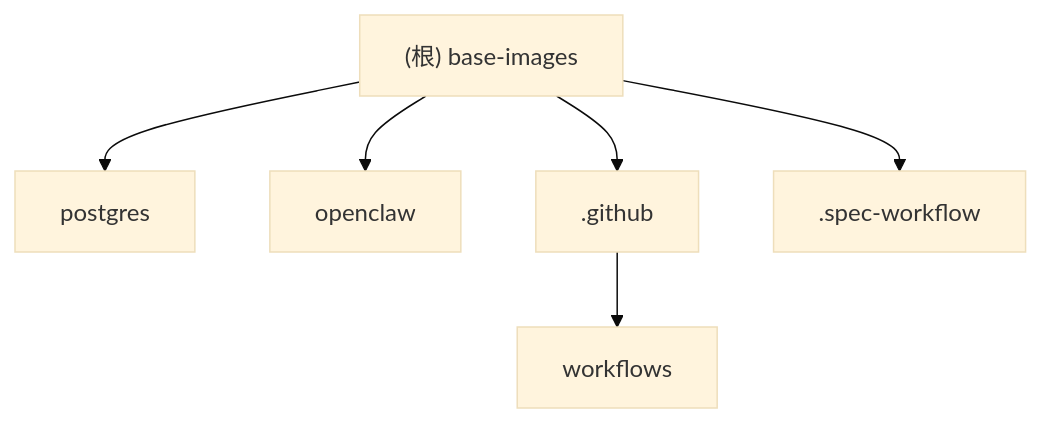
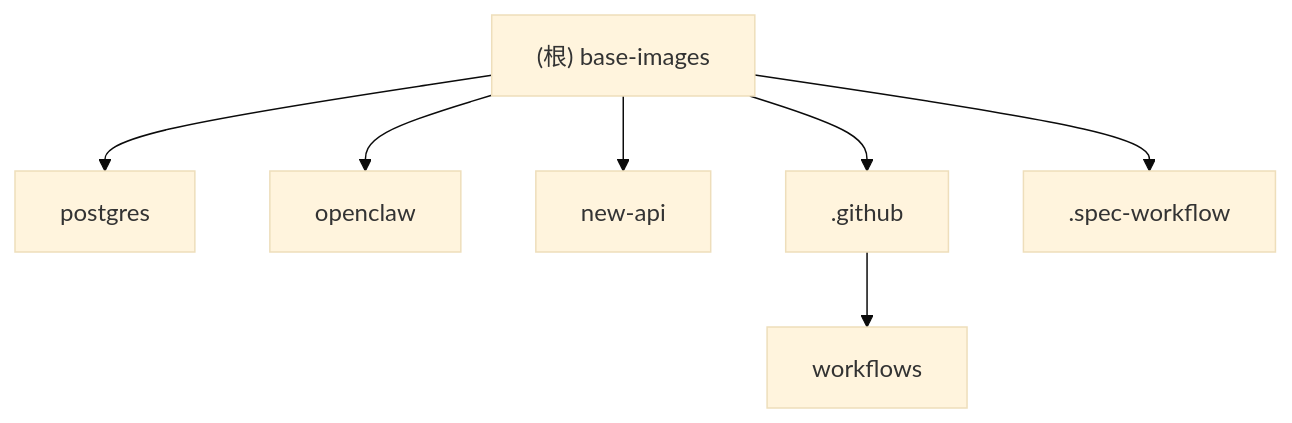
One commit to hiext/base-images changed the diagram in CLAUDE.md. Above: the diagram before and after it, drawn with Mermaid (base theme). The commit also changed other lines of this file and 10 other files, not shown here.

````diff
--- a/CLAUDE.md
+++ b/CLAUDE.md
@@ -41,11 +47,13 @@
 ```mermaid
 graph TD
     A["(根) base-images"] --> B["postgres"]
     A --> F["openclaw"]
+    A --> G["new-api"]
     A --> C[".github"]
     C --> D["workflows"]
     A --> E[".spec-workflow"]
 
     click B "./postgres/CLAUDE.md" "查看 postgres 模块文档"
     click F "./openclaw/CLAUDE.md" "查看 openclaw 模块文档"
+    click G "./new-api/CLAUDE.md" "查看 new-api 模块文档"
 ```
````
